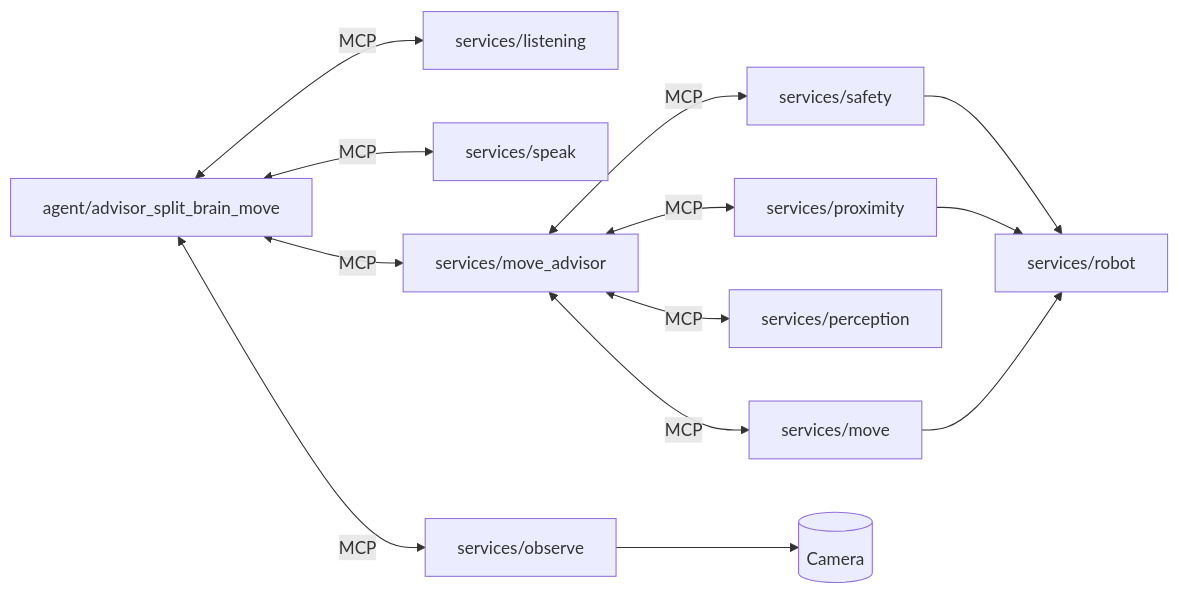
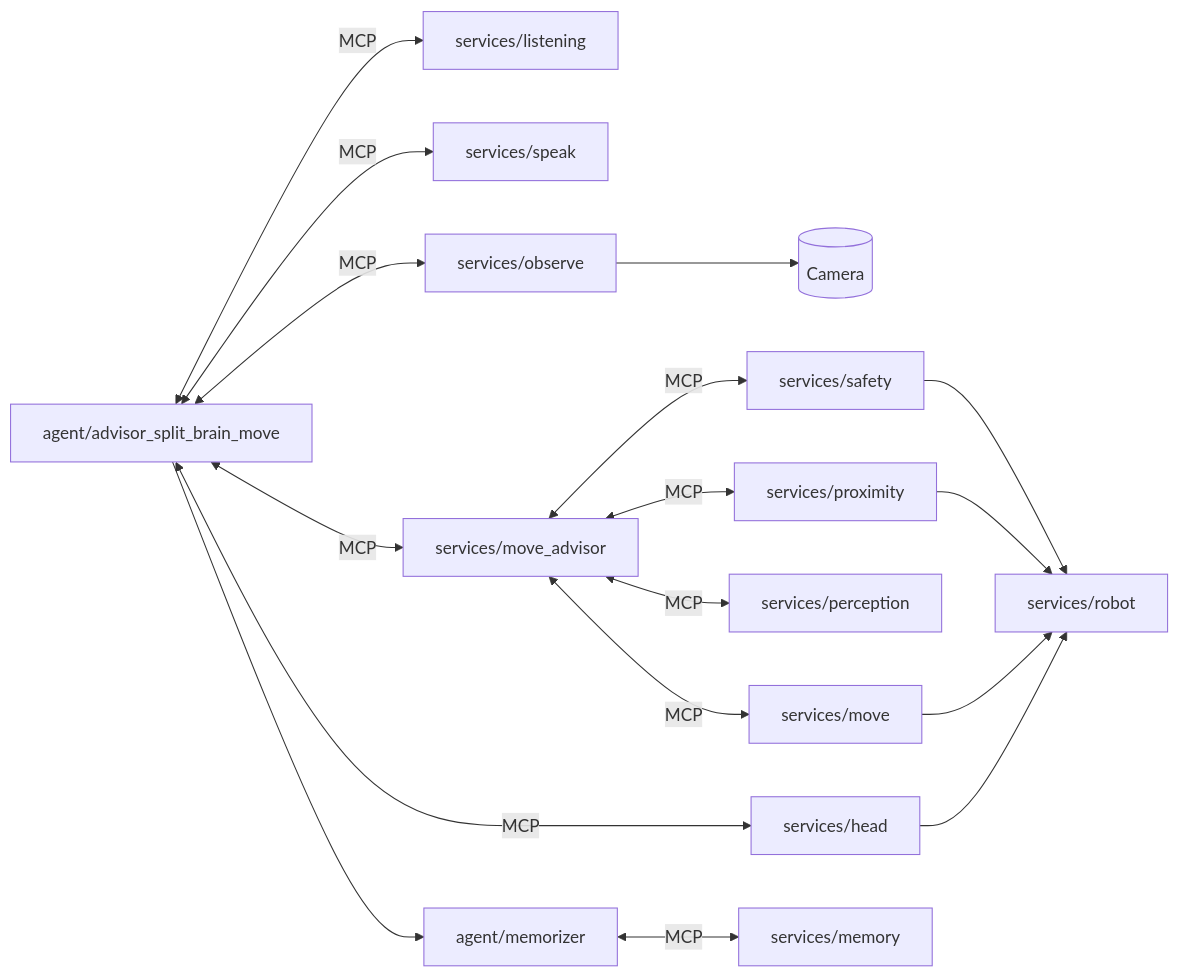
One commit to SeEngel/pi_rc_bot changed the second of 23 diagrams in README.md. Above: the diagram before and after it, drawn with Mermaid. The commit also changed other lines of this file, not shown here.

````diff
--- a/README.md
+++ b/README.md
@@ -157,17 +166,23 @@
 ```mermaid
 flowchart LR
     A[agent/advisor_split_brain_move] <-- MCP --> L[services/listening]
     A <-- MCP --> S[services/speak]
     A <-- MCP --> O[services/observe]
     A <-- MCP --> MA[services/move_advisor]
+
+    A <-- MCP --> H[services/head]
+
+    A --> MM[agent/memorizer]
+    MM <-- MCP --> MEM[services/memory]
 
     MA <-- MCP --> SA[services/safety]
     MA <-- MCP --> PX[services/proximity]
     MA <-- MCP --> PC[services/perception]
     MA <-- MCP --> MV[services/move]
 
     SA --> R[services/robot]
     PX --> R
     MV --> R
+    H --> R
     O --> CAM[(Camera)]
 ```
````
